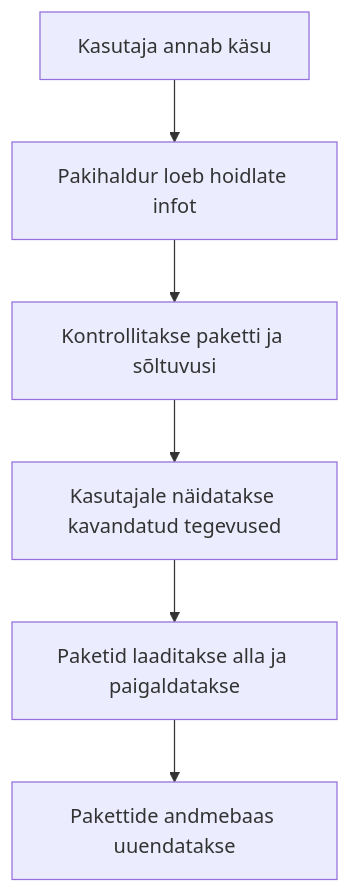
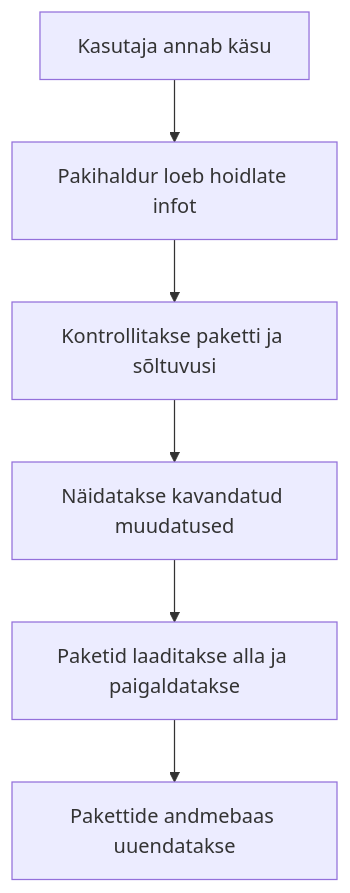
One commit to priitpaap/priitpaap.github.io changed the diagram in docs/linux/linuxi-tarkvarahaldus.md. Above: the diagram before and after it, drawn with Mermaid. The commit also changed other lines of this file, not shown here.

````diff
--- a/docs/linux/linuxi-tarkvarahaldus.md
+++ b/docs/linux/linuxi-tarkvarahaldus.md
@@ -37,8 +36,8 @@
 ```mermaid
 flowchart TD
     A["Kasutaja annab käsu"] --> B["Pakihaldur loeb hoidlate infot"]
     B --> C["Kontrollitakse paketti ja sõltuvusi"]
-    C --> D["Kasutajale näidatakse kavandatud tegevused"]
+    C --> D["Näidatakse kavandatud muudatused"]
     D --> E["Paketid laaditakse alla ja paigaldatakse"]
     E --> F["Pakettide andmebaas uuendatakse"]
 ```
````
